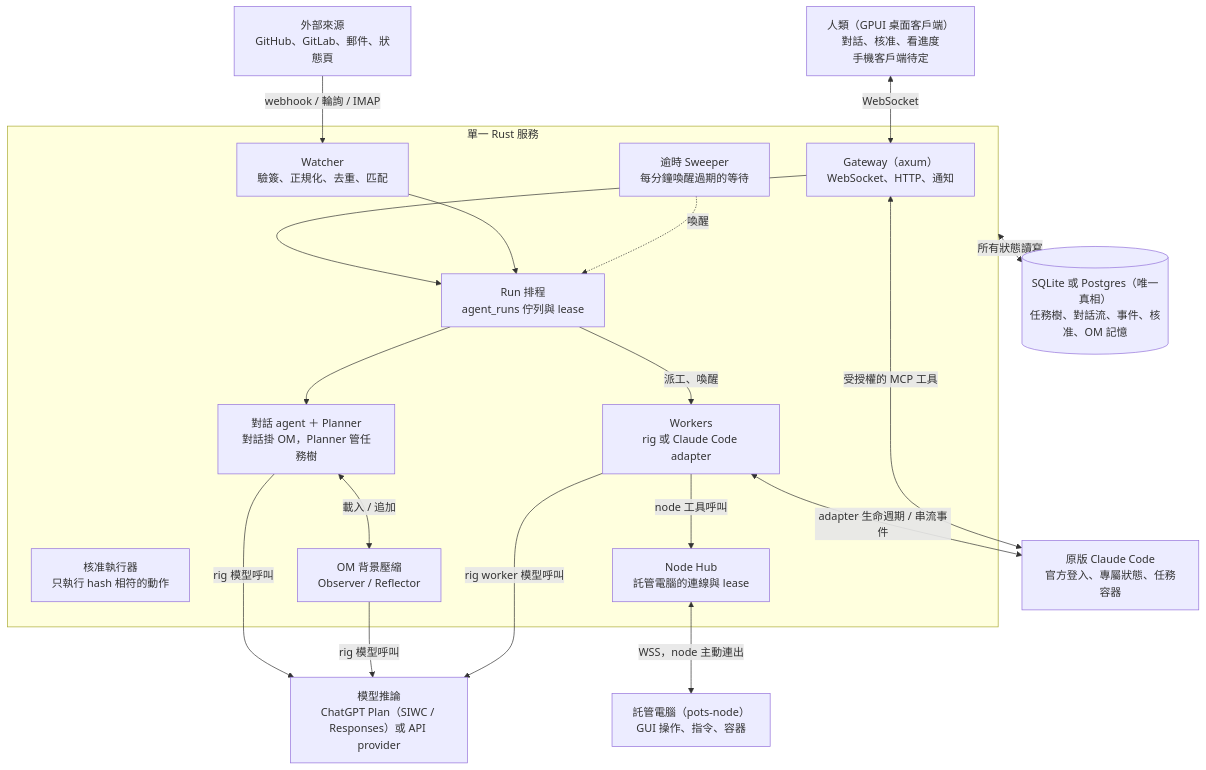
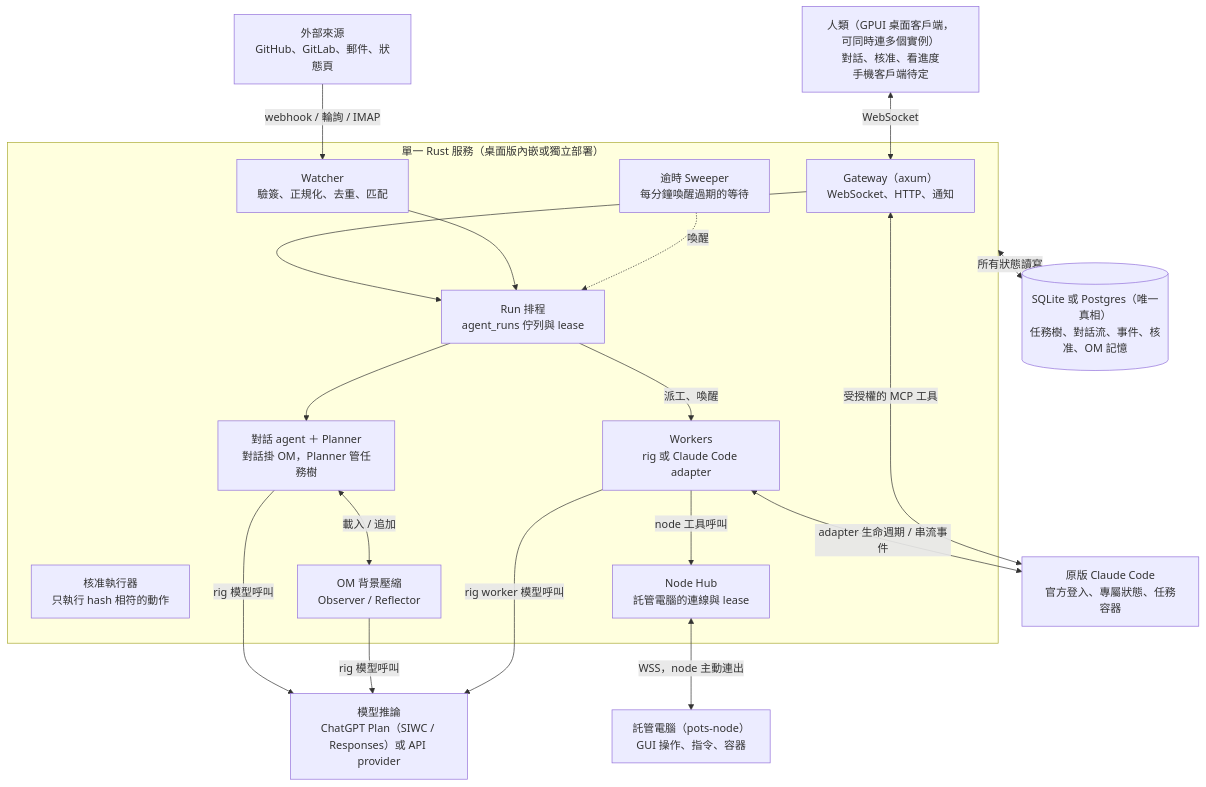
One commit to iceice666/pots changed the diagram in proposal/architecture.md. Above: the diagram before and after it, drawn with Mermaid. The commit also changed other lines of this file and 9 other files, not shown here.

````diff
--- a/proposal/architecture.md
+++ b/proposal/architecture.md
@@ -9,40 +9,40 @@
 ```mermaid
 flowchart TB
-    human["人類（GPUI 桌面客戶端）<br/>對話、核准、看進度<br/>手機客戶端待定"]
+    human["人類（GPUI 桌面客戶端，可同時連多個實例）<br/>對話、核准、看進度<br/>手機客戶端待定"]
     sources["外部來源<br/>GitHub、GitLab、郵件、狀態頁"]
 
-    subgraph service["單一 Rust 服務"]
+    subgraph service["單一 Rust 服務（桌面版內嵌或獨立部署）"]
         gateway["Gateway（axum）<br/>WebSocket、HTTP、通知"]
         scheduler["Run 排程<br/>agent_runs 佇列與 lease"]
         watcher["Watcher<br/>驗簽、正規化、去重、匹配"]
         agents["對話 agent ＋ Planner<br/>對話掛 OM，Planner 管任務樹"]
         workers["Workers<br/>rig 或 Claude Code adapter"]
         approver["核准執行器<br/>只執行 hash 相符的動作"]
         om["OM 背景壓縮<br/>Observer / Reflector"]
         sweeper["逾時 Sweeper<br/>每分鐘喚醒過期的等待"]
         hub["Node Hub<br/>託管電腦的連線與 lease"]
     end
 
     node["託管電腦（pots-node）<br/>GUI 操作、指令、容器"]
 
     db[("SQLite 或 Postgres（唯一真相）<br/>任務樹、對話流、事件、核准、OM 記憶")]
     llm["模型推論<br/>ChatGPT Plan（SIWC / Responses）或 API provider"]
     claude["原版 Claude Code<br/>官方登入、專屬狀態、任務容器"]
 
     human <-->|WebSocket| gateway
     sources -->|"webhook / 輪詢 / IMAP"| watcher
     gateway --> scheduler
     watcher --> scheduler
     sweeper -.->|喚醒| scheduler
     scheduler --> agents
     scheduler -->|"派工、喚醒"| workers
     agents <-->|"載入 / 追加"| om
     service <-->|所有狀態讀寫| db
     agents -->|rig 模型呼叫| llm
     om -->|rig 模型呼叫| llm
     workers -->|rig worker 模型呼叫| llm
     workers <-->|adapter 生命週期 / 串流事件| claude
     claude <-->|受授權的 MCP 工具| gateway
     workers -->|node 工具呼叫| hub
     hub <-->|"WSS，node 主動連出"| node
 ```
````
